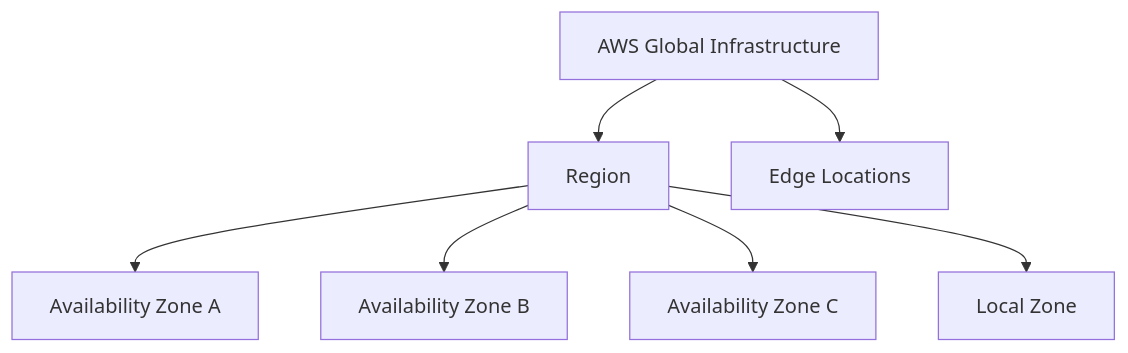
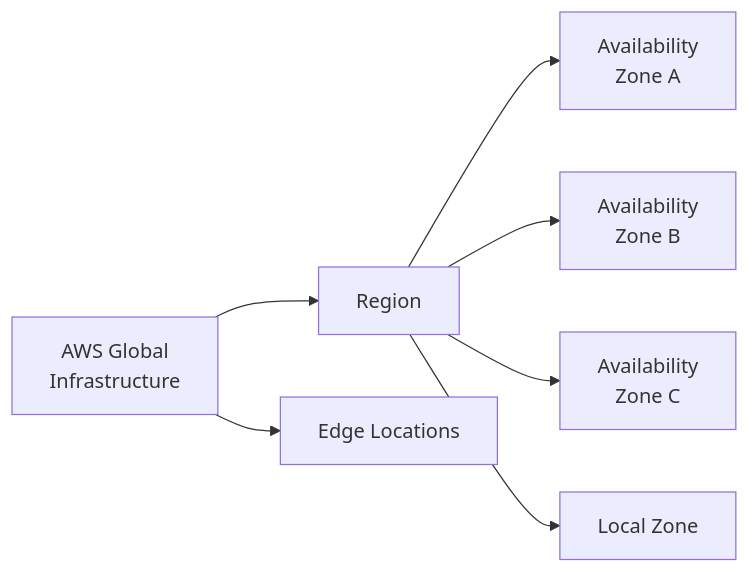
One commit to noir1458/noir1458.github.io changed the fourth of 22 diagrams in content/posts/02.Security/aws/aws-ccp-study-1/index.md. Above: the diagram before and after it, drawn with Mermaid. The commit also changed other lines of this file and 14 other files, not shown here.

Commit message:
feat: improve diagram readability and CV print control

````diff
--- a/content/posts/02.Security/aws/aws-ccp-study-1/index.md
+++ b/content/posts/02.Security/aws/aws-ccp-study-1/index.md
@@ -149,9 +149,9 @@
 ```mermaid
-flowchart TD
-    G[AWS Global Infrastructure] --> R[Region]
-    R --> A1[Availability Zone A]
-    R --> A2[Availability Zone B]
-    R --> A3[Availability Zone C]
+flowchart LR
+    G[AWS Global<br/>Infrastructure] --> R[Region]
+    R --> A1[Availability<br/>Zone A]
+    R --> A2[Availability<br/>Zone B]
+    R --> A3[Availability<br/>Zone C]
     G --> E[Edge Locations]
     R --> L[Local Zone]
 ```
````
